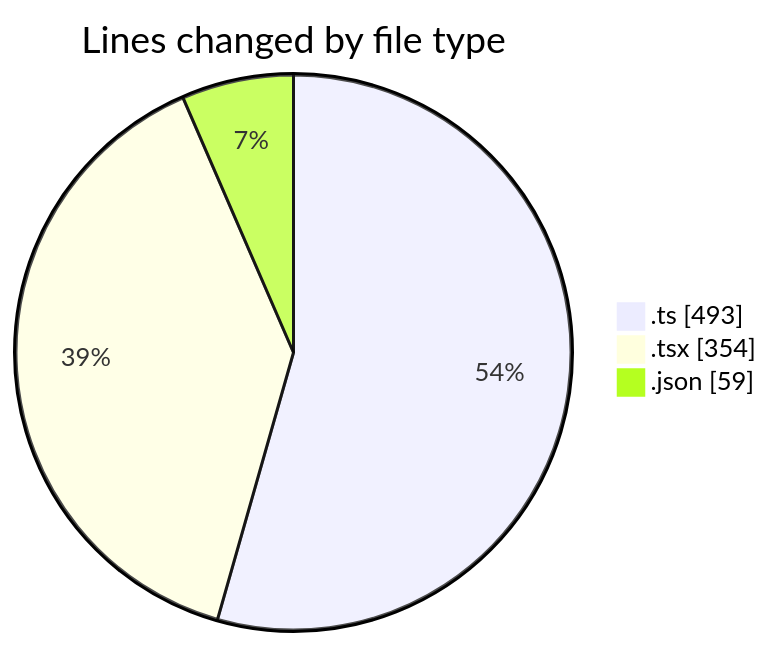
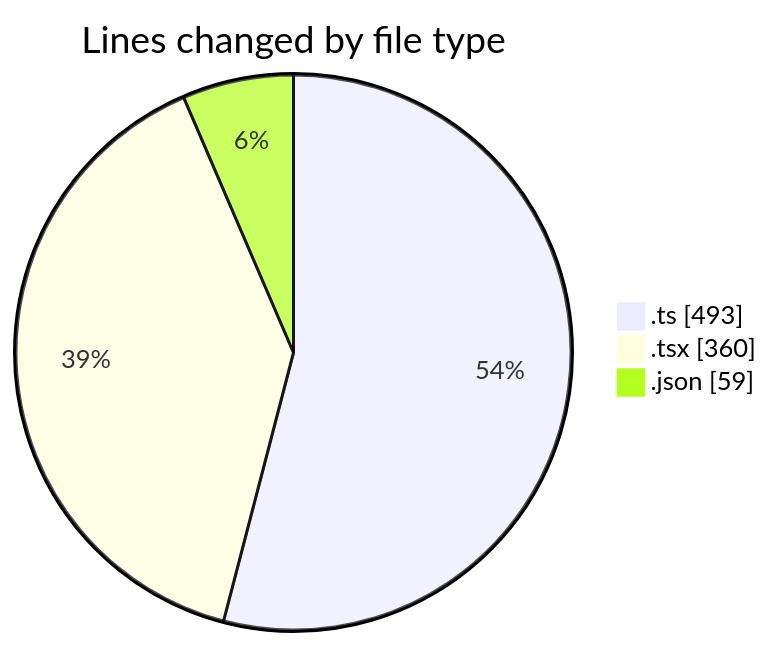
One commit to julien-gomy/code-tracking changed the first of 2 diagrams in 2025-11-24/eventscop-frontend-guide__workspace_/README.md. Above: the diagram before and after it, drawn with Mermaid. The commit also changed other lines of this file and 1 other file, not shown here.

````diff
--- a/2025-11-24/eventscop-frontend-guide__workspace_/README.md
+++ b/2025-11-24/eventscop-frontend-guide__workspace_/README.md
@@ -33,7 +33,7 @@
 ```mermaid
 pie showData
 title Lines changed by file type
 ".ts" : 493
-".tsx" : 354
+".tsx" : 360
 ".json" : 59
 ```
````
